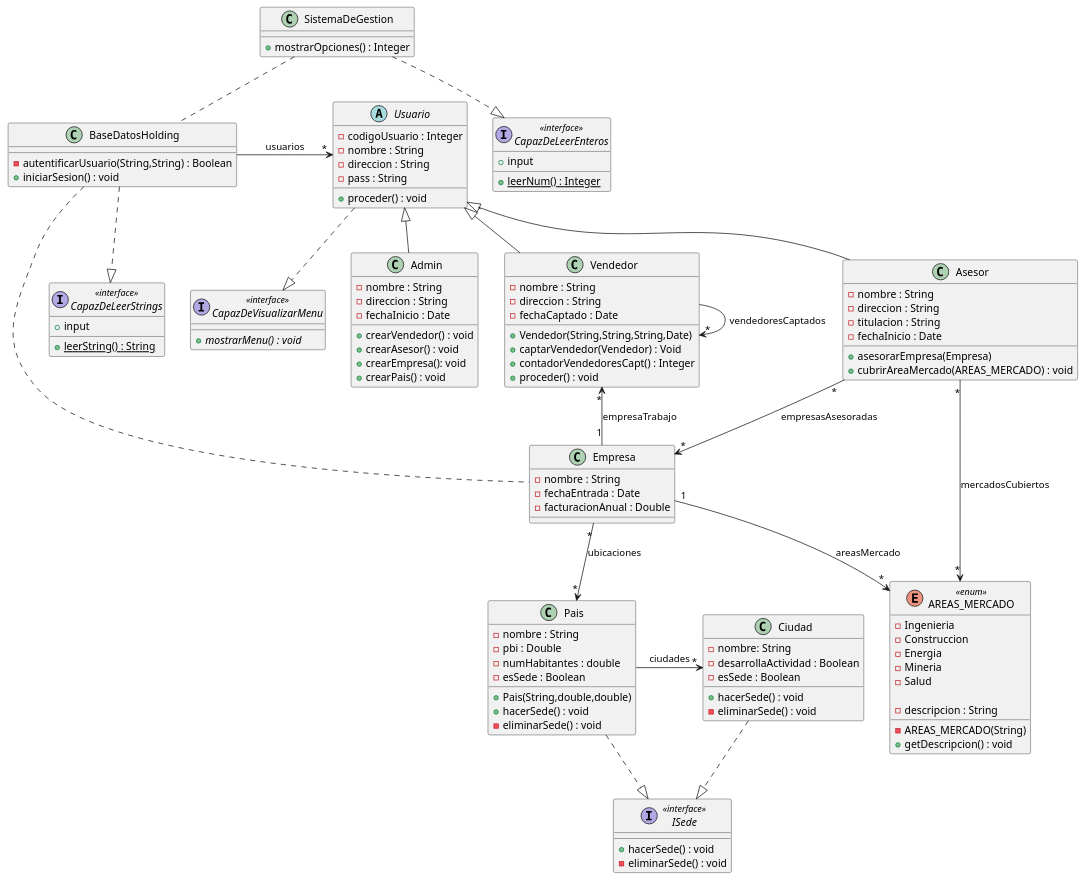
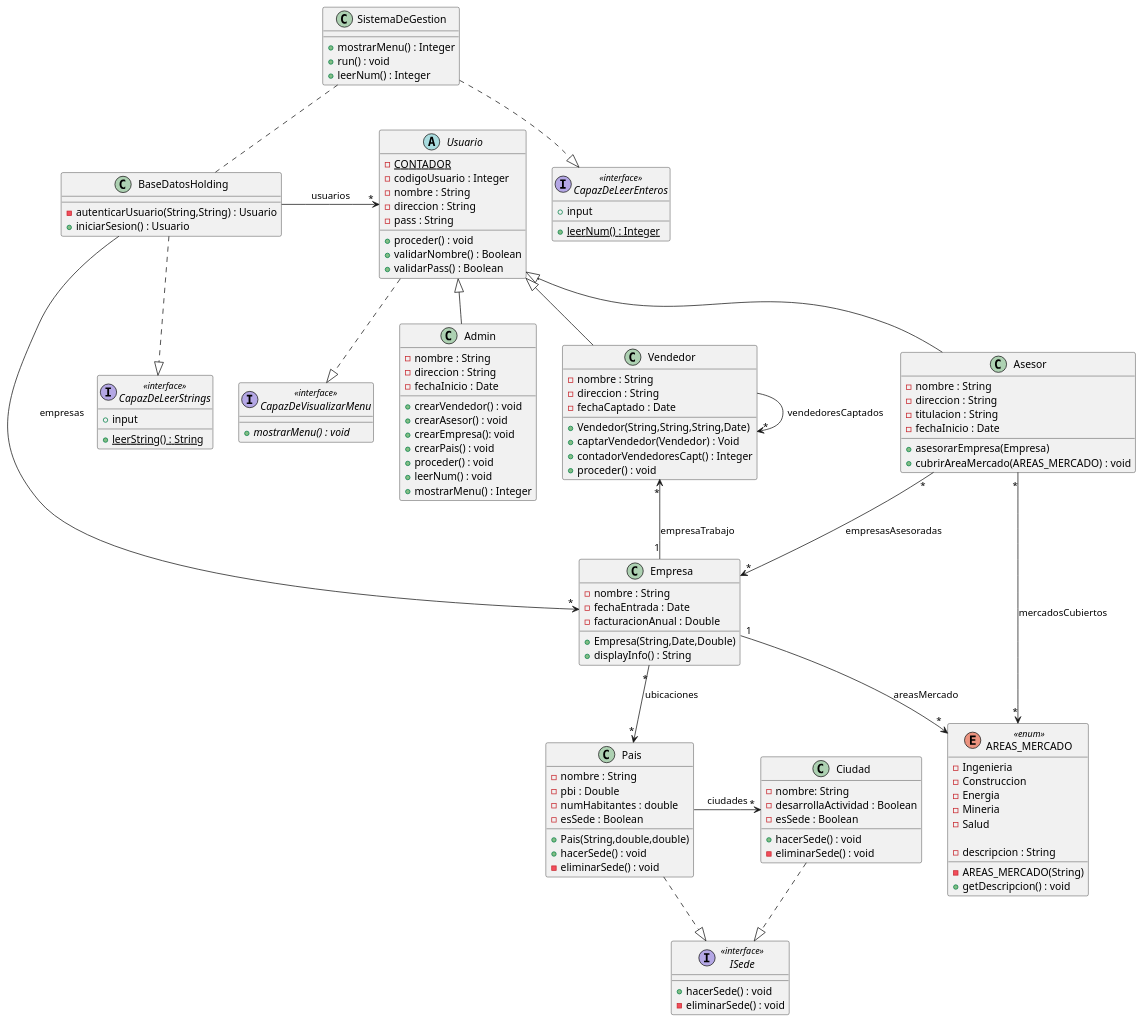
One commit to maxi-stein/Proyecto-Programacion-2 changed the diagram in proyecto-programacion2/src/holding/diagrama-de-clases.puml. Above: the diagram before and after it, drawn with PlantUML. The commit also changed 5 other files, not shown here.

Commit message:
Modificacion clase UML + detalles minimos

```diff
--- a/proyecto-programacion2/src/holding/diagrama-de-clases.puml
+++ b/proyecto-programacion2/src/holding/diagrama-de-clases.puml
@@ -1,128 +1,136 @@
 @startuml
 class SistemaDeGestion{
-+mostrarOpciones() : Integer
++mostrarMenu() : Integer
++run() : void
++leerNum() : Integer
 }
 
 class BaseDatosHolding{
--autentificarUsuario(String,String) : Boolean
-+iniciarSesion() : void
+-autenticarUsuario(String,String) : Usuario
++iniciarSesion() : Usuario
 }
 
 abstract Usuario{
+-{static} CONTADOR
 -codigoUsuario : Integer
 -nombre : String
 -direccion : String
 -pass : String
 
 +proceder() : void
++validarNombre() : Boolean
++validarPass() : Boolean
 }
 
 class Vendedor extends Usuario{
     -nombre : String
     -direccion : String
     -fechaCaptado : Date
     +Vendedor(String,String,String,Date)
     +captarVendedor(Vendedor) : Void
     +contadorVendedoresCapt() : Integer
     +proceder() : void
 }
 
 class Empresa{
     -nombre : String
     -fechaEntrada : Date
     -facturacionAnual : Double
-
+    +Empresa(String,Date,Double)
+    +displayInfo() : String
 }
 
 enum  AREAS_MERCADO <<enum>> {
     -Ingenieria
     -Construccion
     -Energia
     -Mineria
     -Salud
 
     -descripcion : String
 
     -AREAS_MERCADO(String)
     +getDescripcion() : void
 
 }
 
 class Pais{
     -nombre : String
     -pbi : Double
     -numHabitantes : double
     -esSede : Boolean
 
     +Pais(String,double,double)
     +hacerSede() : void
     -eliminarSede() : void
 }
 
 class Ciudad{
     -nombre: String
     -desarrollaActividad : Boolean
     -esSede : Boolean
 
     +hacerSede() : void
     -eliminarSede() : void
 }
 
 interface ISede <<interface>>{
     +hacerSede() : void
     -eliminarSede() : void
 }
 
 interface CapazDeLeerEnteros <<interface>>{
     +input
     +{static} leerNum() : Integer
 }
 
 interface CapazDeLeerStrings <<interface>>{
     +input
     +{static} leerString() : String
 }
 
 interface CapazDeVisualizarMenu <<interface>>{
     +{abstract} mostrarMenu() : void
 }
 
 class Asesor extends Usuario{
 -nombre : String
 -direccion : String
 -titulacion : String
 -fechaInicio : Date
 +asesorarEmpresa(Empresa)
 +cubrirAreaMercado(AREAS_MERCADO) : void
 }
 
 class Admin extends Usuario{
 -nombre : String
 -direccion : String
 -fechaInicio : Date
 +crearVendedor() : void
 +crearAsesor() : void
 +crearEmpresa(): void
 +crearPais() : void
-
++proceder() : void
++leerNum() : void
++mostrarMenu() : Integer
 }
 
 
 SistemaDeGestion -. BaseDatosHolding
 SistemaDeGestion -.|> CapazDeLeerEnteros
-BaseDatosHolding -> "*"Usuario : usuarios
-BaseDatosHolding -. Empresa
+BaseDatosHolding -> "*" Usuario : usuarios
+BaseDatosHolding -> "*" Empresa : empresas
 BaseDatosHolding -.|> CapazDeLeerStrings
 Usuario -.|> CapazDeVisualizarMenu
 Vendedor "*"<-- "1" Empresa : empresaTrabajo
 Vendedor -> "*" Vendedor : vendedoresCaptados
 Empresa "1"--> "*" AREAS_MERCADO : areasMercado
 Empresa "*" --> "*" Pais : ubicaciones
 Pais -> "*" Ciudad : ciudades
 Pais -.|> ISede
 Ciudad -.|> ISede
 Asesor "*"--> "*" AREAS_MERCADO : mercadosCubiertos
 Asesor "*" --> "*" Empresa : empresasAsesoradas
 
 
 @enduml
```
